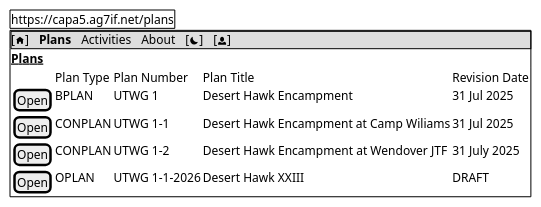
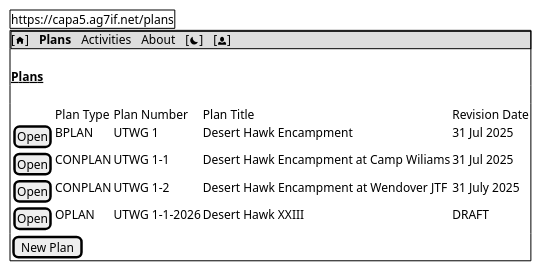
The diagram in docs/web/plans/index.puml (DerHabicht/capa5), drawn with PlantUML before and after one commit. The commit also changed 2 other files, not shown here.

```diff
--- a/docs/web/plans/index.puml
+++ b/docs/web/plans/index.puml
@@ -1,19 +1,19 @@
 @startsalt Plans Index
 { 
-{+ https://capa5.ag7if.net/plans }
-{+
-{* [<&home>] | <b>Plans</b> | Activities | About | [<&moon>] | [<&person>] }
-
-<b><u>Plans</u></b>
-
-{
-    .      | Plan Type | Plan Number   | Plan Title                             | Revision Date
-    [Open] | BPLAN     | UTWG 1        | Desert Hawk Encampment                 | 31 Jul 2025
-    [Open] | CONPLAN   | UTWG 1-1      | Desert Hawk Encampment at Camp Wiliams | 31 Jul 2025
-    [Open] | CONPLAN   | UTWG 1-2      | Desert Hawk Encampment at Wendover JTF | 31 July 2025
-    [Open] | OPLAN     | UTWG 1-1-2026 | Desert Hawk XXIII                      | DRAFT
-}
-
-}
+    {+ https://capa5.ag7if.net/plans }
+    {+
+        {* [<&home>] | <b>Plans</b> | Activities | About | [<&moon>] | [<&person>] }
+        .
+        <b><u>Plans</u></b>
+        .
+        {
+            .      | Plan Type | Plan Number   | Plan Title                             | Revision Date
+            [Open] | BPLAN     | UTWG 1        | Desert Hawk Encampment                 | 31 Jul 2025
+            [Open] | CONPLAN   | UTWG 1-1      | Desert Hawk Encampment at Camp Wiliams | 31 Jul 2025
+            [Open] | CONPLAN   | UTWG 1-2      | Desert Hawk Encampment at Wendover JTF | 31 July 2025
+            [Open] | OPLAN     | UTWG 1-1-2026 | Desert Hawk XXIII                      | DRAFT
+        }
+        [New Plan]
+    }
 }
 @endsalt
```
